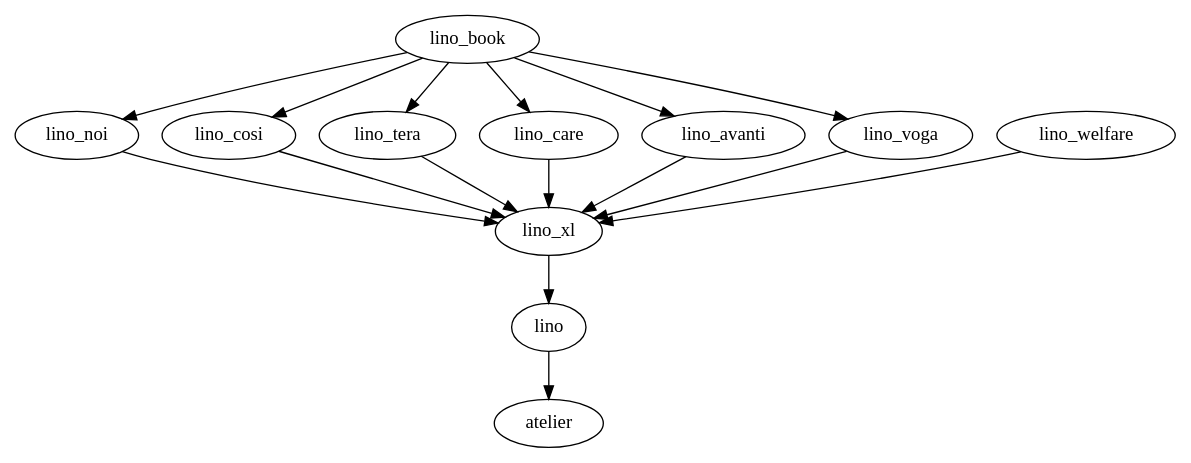
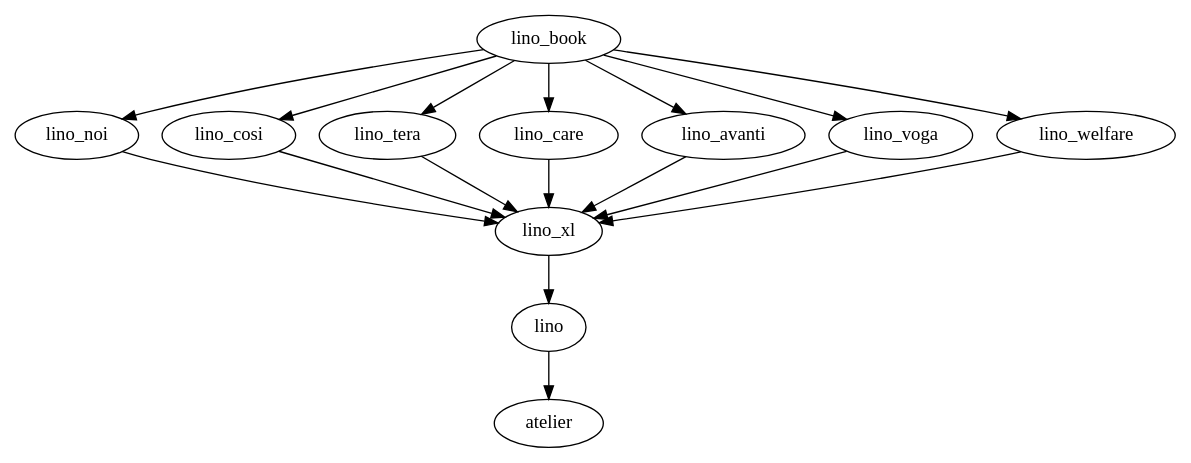
The diagram in docs/dev/overview.rst (lino-framework/book), drawn with Graphviz before and after one commit. The commit also changed other lines of this file and 6 other files, not shown here.

```diff
--- a/docs/dev/overview.rst
+++ b/docs/dev/overview.rst
@@ -70,75 +7,76 @@
 .. graphviz::
 
    digraph foo {
 
     /**
     {
        node [shape=plaintext, fontsize=16];
        documentation ->
        "independent applications" ->
        applications -> framework -> utilities;
     }
    
     { rank = same;
         applications;
         lino_noi;
         lino_cosi;
         lino_tera;
         lino_care;
         lino_avanti;
     }
     
     { rank = same;
         utilities;
         atelier;
         commondata;
     }
 
     { rank = same;
         documentation;
         lino_book;
     }
 
     { rank = same;
         "independent applications";
         lino_voga;
         lino_welfare;
     }
     **/
 
     /**
 
     { rank = same;
         framework;
         lino;
         lino_xl;
     }
 
     **/
 
     lino -> atelier;
     lino_xl -> lino;
     lino_noi -> lino_xl; 
     lino_cosi -> lino_xl; 
     lino_tera -> lino_xl;
     lino_care -> lino_xl;
     lino_avanti -> lino_xl;
     lino_voga -> lino_xl;
     lino_welfare -> lino_xl;
     
     lino_book -> lino_noi; 
     lino_book -> lino_cosi; 
     lino_book -> lino_voga; 
+    lino_book -> lino_welfare; 
     lino_book -> lino_tera; 
     lino_book -> lino_care; 
     lino_book -> lino_avanti; 
 
     /**
     
     commondata -> atelier;
     lino_book -> commondata;
     
     lino_voga -> lino_cosi;
     lino_welfare -> lino_cosi;
     **/
    }
```
